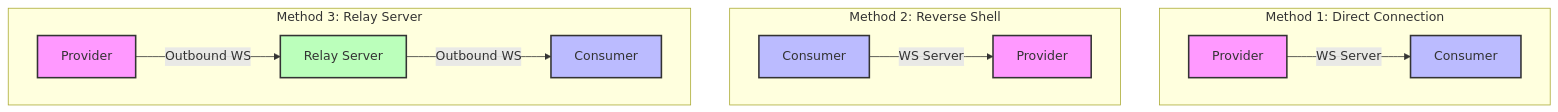
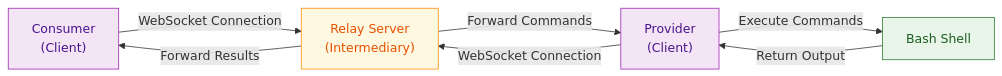
The third of 4 diagrams in README.md (uditrajput03/ws-terminal), drawn with Mermaid before and after one commit. The commit also changed other lines of this file, not shown here.

````diff
--- a/README.md
+++ b/README.md
@@ -58,23 +163,14 @@
 ```mermaid
-graph TD
-    subgraph "Method 1: Direct Connection"
-    A[Provider] -->|WS Server| B[Consumer]
-    end
+graph LR
+    A["Consumer<br/>(Client)"] -->|WebSocket Connection| B["Relay Server<br/>(Intermediary)"]
+    B -->|Forward Commands| C["Provider<br/>(Client)"]
+    C -->|Execute Commands| D["Bash Shell"]
+    D -->|Return Output| C
+    C -->|WebSocket Connection| B
+    B -->|Forward Results| A
     
-    subgraph "Method 2: Reverse Shell"
-    C[Consumer] -->|WS Server| D[Provider]
-    end
-    
-    subgraph "Method 3: Relay Server"
-    E[Provider] -->|Outbound WS| F[Relay Server]
-    F -->|Outbound WS| G[Consumer]
-    end
-    
-    style A fill:#f9f,stroke:#333,stroke-width:2px
-    style B fill:#bbf,stroke:#333,stroke-width:2px
-    style C fill:#bbf,stroke:#333,stroke-width:2px
-    style D fill:#f9f,stroke:#333,stroke-width:2px
-    style E fill:#f9f,stroke:#333,stroke-width:2px
-    style F fill:#bfb,stroke:#333,stroke-width:2px
-    style G fill:#bbf,stroke:#333,stroke-width:2px
+    style A fill:#f3e5f5,stroke:#9c27b0,color:#4a148c
+    style B fill:#fff8e1,stroke:#ff8f00,color:#e65100
+    style C fill:#f3e5f5,stroke:#9c27b0,color:#4a148c
+    style D fill:#e8f5e8,stroke:#2e7d32,color:#1b5e20
 ```
````
